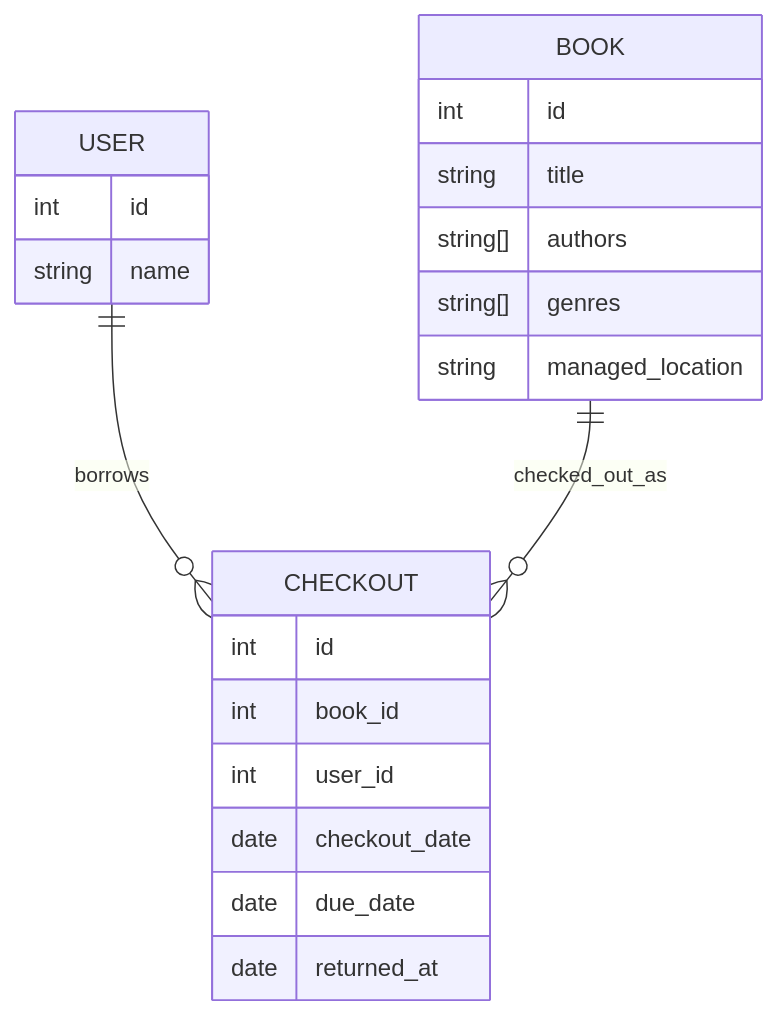
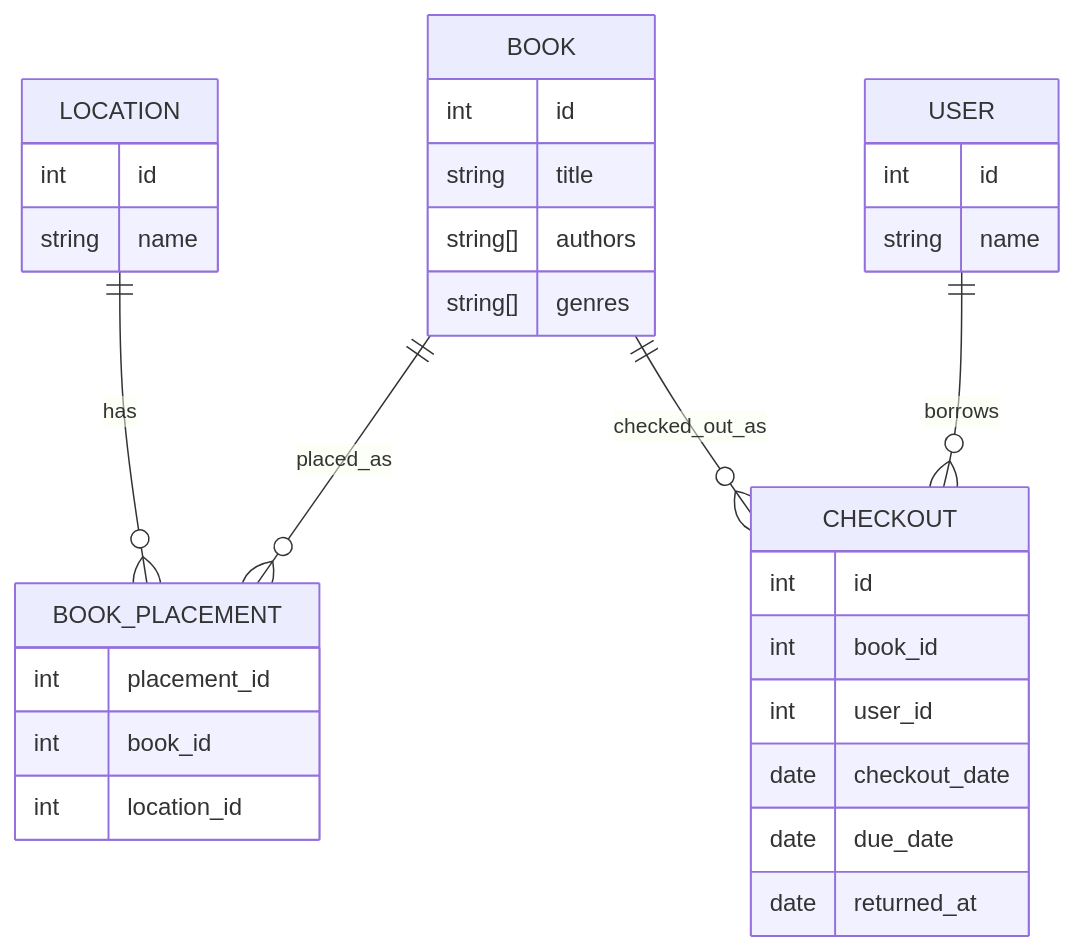
Before and after one commit to wairo8714/tech-library: the second of 2 diagrams in docs/domain-design.md, drawn with Mermaid. The commit also changed other lines of this file and 4 other files, not shown here.

````diff
--- a/docs/domain-design.md
+++ b/docs/domain-design.md
@@ -60,27 +66,39 @@
 ```mermaid
 erDiagram
+    BOOK ||--o{ BOOK_PLACEMENT : placed_as
+    LOCATION ||--o{ BOOK_PLACEMENT : has
     USER ||--o{ CHECKOUT : borrows
     BOOK ||--o{ CHECKOUT : checked_out_as
 
     BOOK {
         int id
         string title
         string[] authors
         string[] genres
-        string managed_location
+    }
+
+    LOCATION {
+        int id
+        string name
+    }
+
+    BOOK_PLACEMENT {
+        int placement_id
+        int book_id
+        int location_id
     }
 
     USER {
         int id
         string name
     }
 
     CHECKOUT {
         int id
         int book_id
         int user_id
         date checkout_date
         date due_date
         date returned_at
     }
 ```
````
